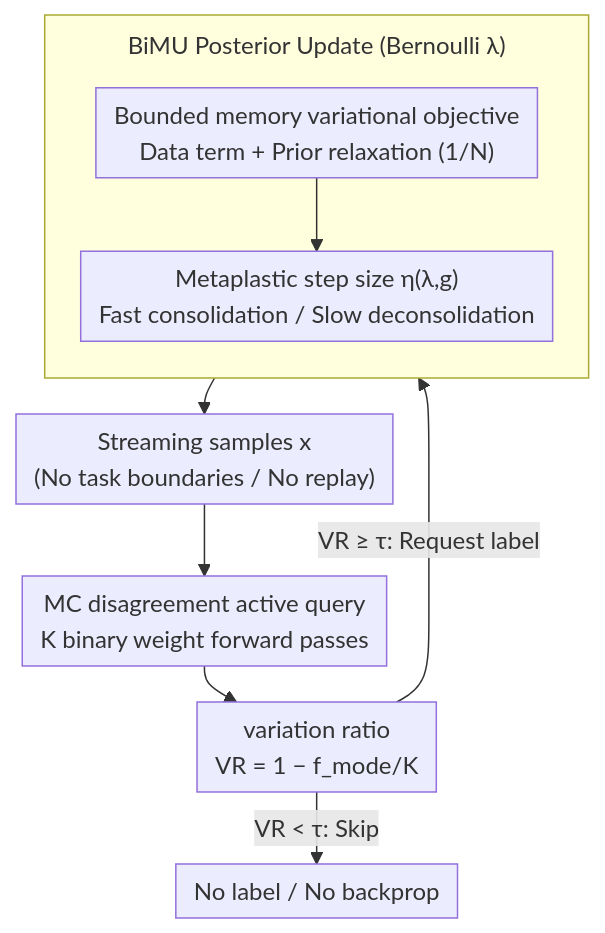
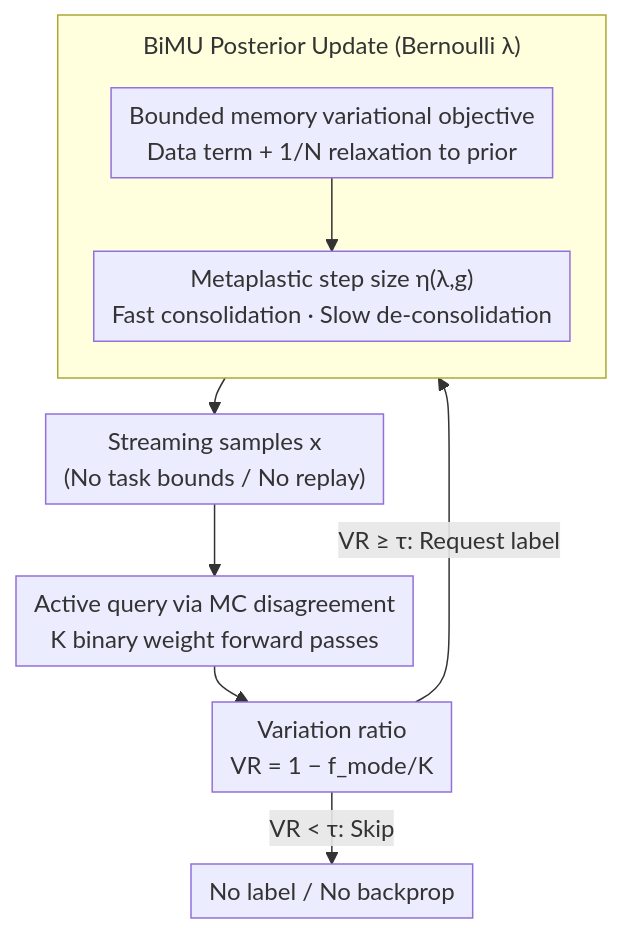
Before and after one commit to zhaoyang97/Paper-Notes-en: the diagram in docs/ICML2026/ai_safety/active_continual_learning_with_metaplastic_binary_bayesian_neural_networks.md, drawn with Mermaid. The commit also changed other lines of this file and 5084 other files, not shown here.

````diff
--- a/docs/ICML2026/ai_safety/active_continual_learning_with_metaplastic_binary_bayesian_neural_networks.md
+++ b/docs/ICML2026/ai_safety/active_continual_learning_with_metaplastic_binary_bayesian_neural_networks.md
@@ -41,13 +41,13 @@
 ```mermaid
 %%{init: {'flowchart': {'rankSpacing': 24, 'nodeSpacing': 28, 'padding': 6, 'wrappingWidth': 400, 'subGraphTitleMargin': {'top': 8, 'bottom': 16}}}}%%
 flowchart TD
-    A["Streaming samples x<br/>(No task boundaries / No replay)"] --> B["MC disagreement active query<br/>K binary weight forward passes"]
-    B --> C["variation ratio<br/>VR = 1 − f_mode/K"]
+    A["Streaming samples x<br/>(No task bounds / No replay)"] --> B["Active query via MC disagreement<br/>K binary weight forward passes"]
+    B --> C["Variation ratio<br/>VR = 1 − f_mode/K"]
     C -->|"VR < τ: Skip"| S["No label / No backprop"]
     C -->|"VR ≥ τ: Request label"| D
     subgraph D["BiMU Posterior Update (Bernoulli λ)"]
         direction TB
-        D1["Bounded memory variational objective<br/>Data term + Prior relaxation (1/N)"] --> D2["Metaplastic step size η(λ,g)<br/>Fast consolidation / Slow deconsolidation"]
+        D1["Bounded memory variational objective<br/>Data term + 1/N relaxation to prior"] --> D2["Metaplastic step size η(λ,g)<br/>Fast consolidation · Slow de-consolidation"]
     end
     D --> A
 ```
````
